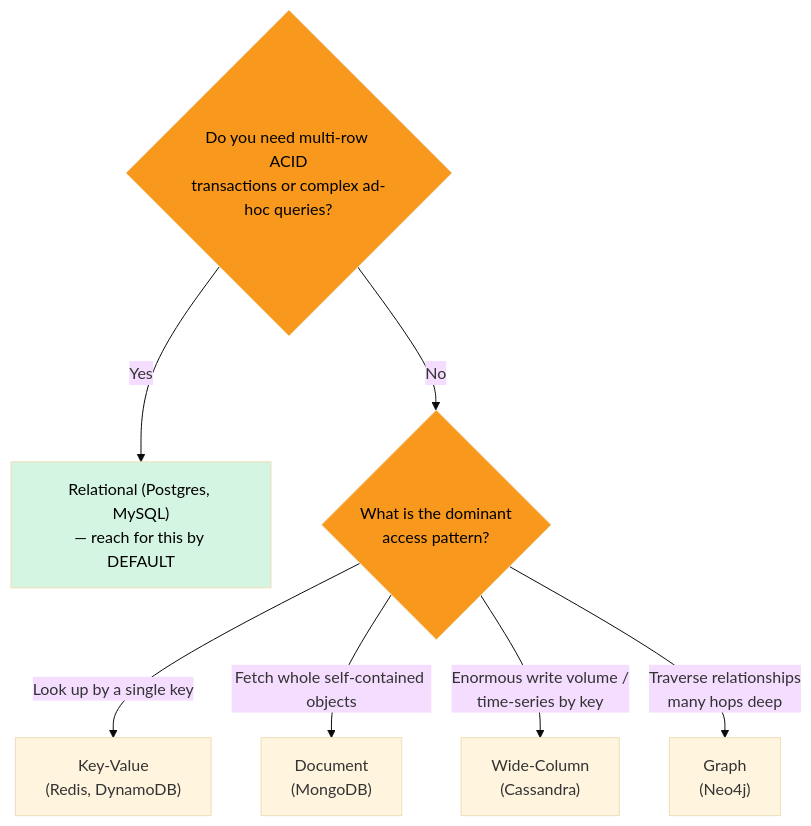
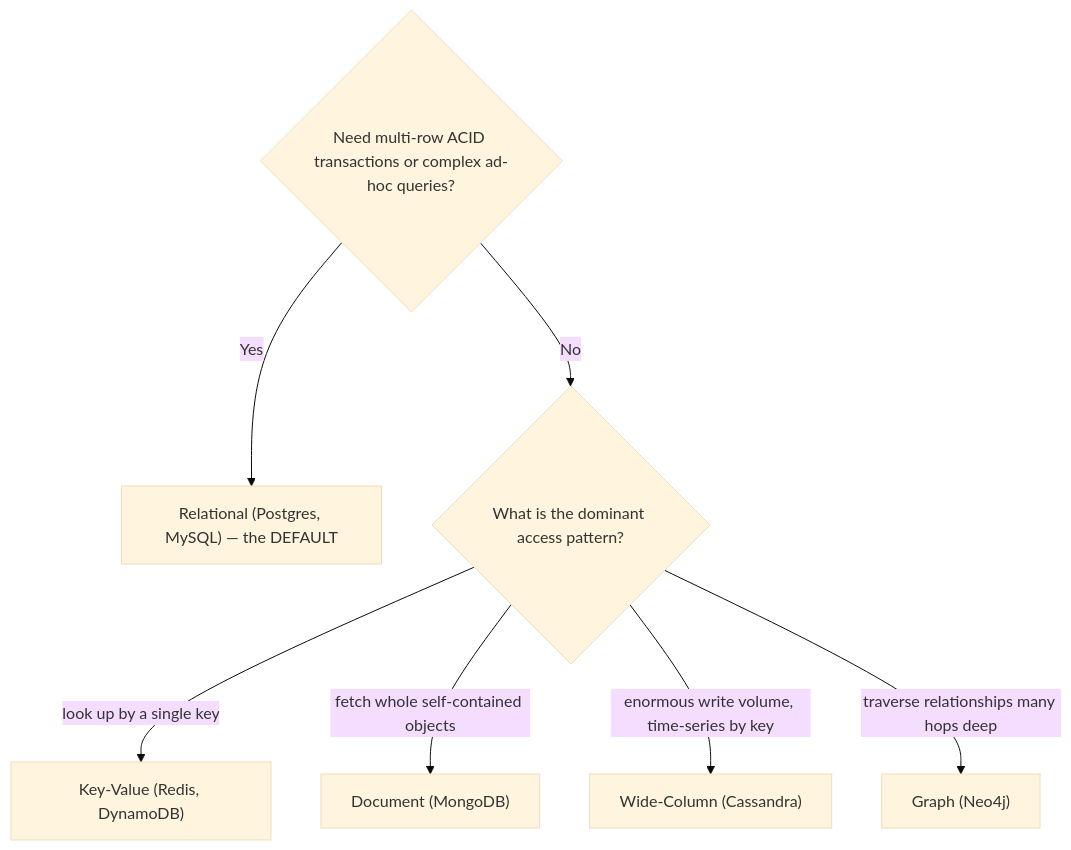
Before and after one commit to mohammad-mriesh-job/cortex: the diagram in src/modules/database/content/09-scaling/04-sql-vs-nosql.md, drawn with Mermaid (base theme). The commit also changed 257 other files, not shown here.

````diff
--- a/src/modules/database/content/09-scaling/04-sql-vs-nosql.md
+++ b/src/modules/database/content/09-scaling/04-sql-vs-nosql.md
@@ -97,13 +97,10 @@
 ```mermaid
 flowchart TD
-    Q1{"Do you need multi-row ACID<br/>transactions or complex ad-hoc queries?"}
-    Q1 -->|Yes| REL["Relational (Postgres, MySQL)<br/>— reach for this by DEFAULT"]
-    Q1 -->|No| Q2{"What is the dominant<br/>access pattern?"}
-    Q2 -->|"Look up by a single key"| KV["Key-Value<br/>(Redis, DynamoDB)"]
-    Q2 -->|"Fetch whole self-contained objects"| DOC["Document<br/>(MongoDB)"]
-    Q2 -->|"Enormous write volume /<br/>time-series by key"| WC["Wide-Column<br/>(Cassandra)"]
-    Q2 -->|"Traverse relationships<br/>many hops deep"| GR["Graph<br/>(Neo4j)"]
-    style REL fill:#d5f5e3,color:#000
-    style Q1 fill:#f8981d,color:#000
-    style Q2 fill:#f8981d,color:#000
+    Q1{"Need multi-row ACID transactions or complex ad-hoc queries?"}
+    Q1 -->|Yes| REL["Relational (Postgres, MySQL) — the DEFAULT"]
+    Q1 -->|No| Q2{"What is the dominant access pattern?"}
+    Q2 -->|"look up by a single key"| KV["Key-Value (Redis, DynamoDB)"]
+    Q2 -->|"fetch whole self-contained objects"| DOC["Document (MongoDB)"]
+    Q2 -->|"enormous write volume, time-series by key"| WC["Wide-Column (Cassandra)"]
+    Q2 -->|"traverse relationships many hops deep"| GR["Graph (Neo4j)"]
 ```
````
